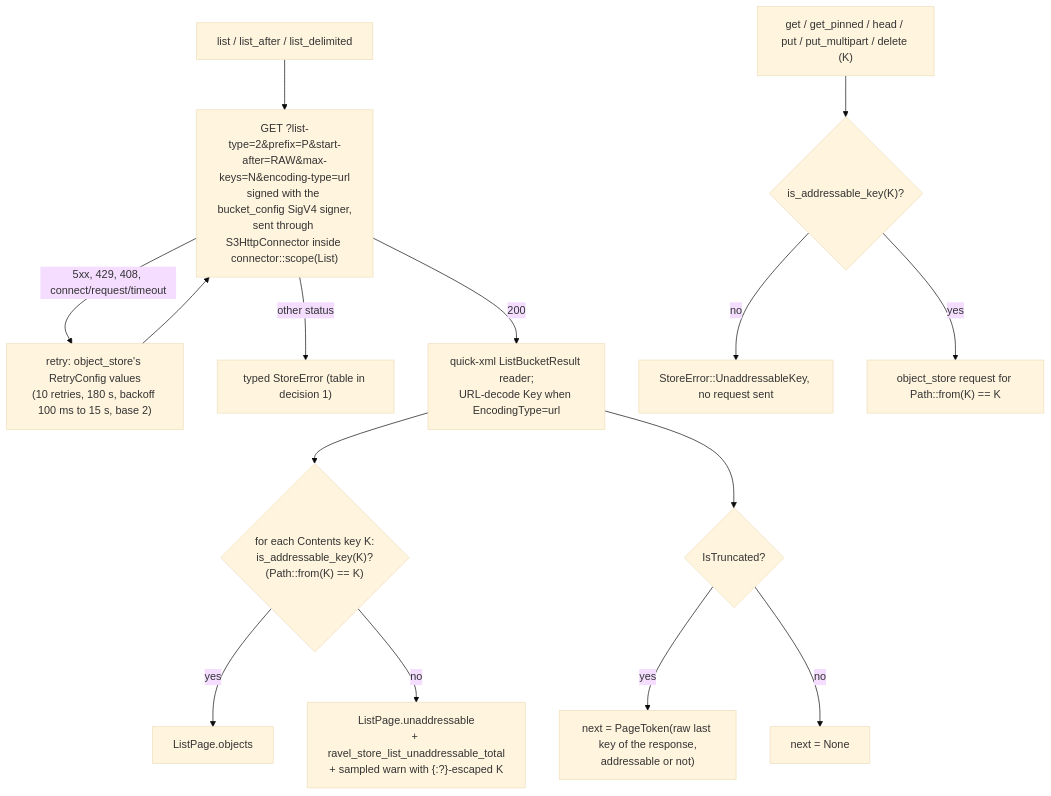
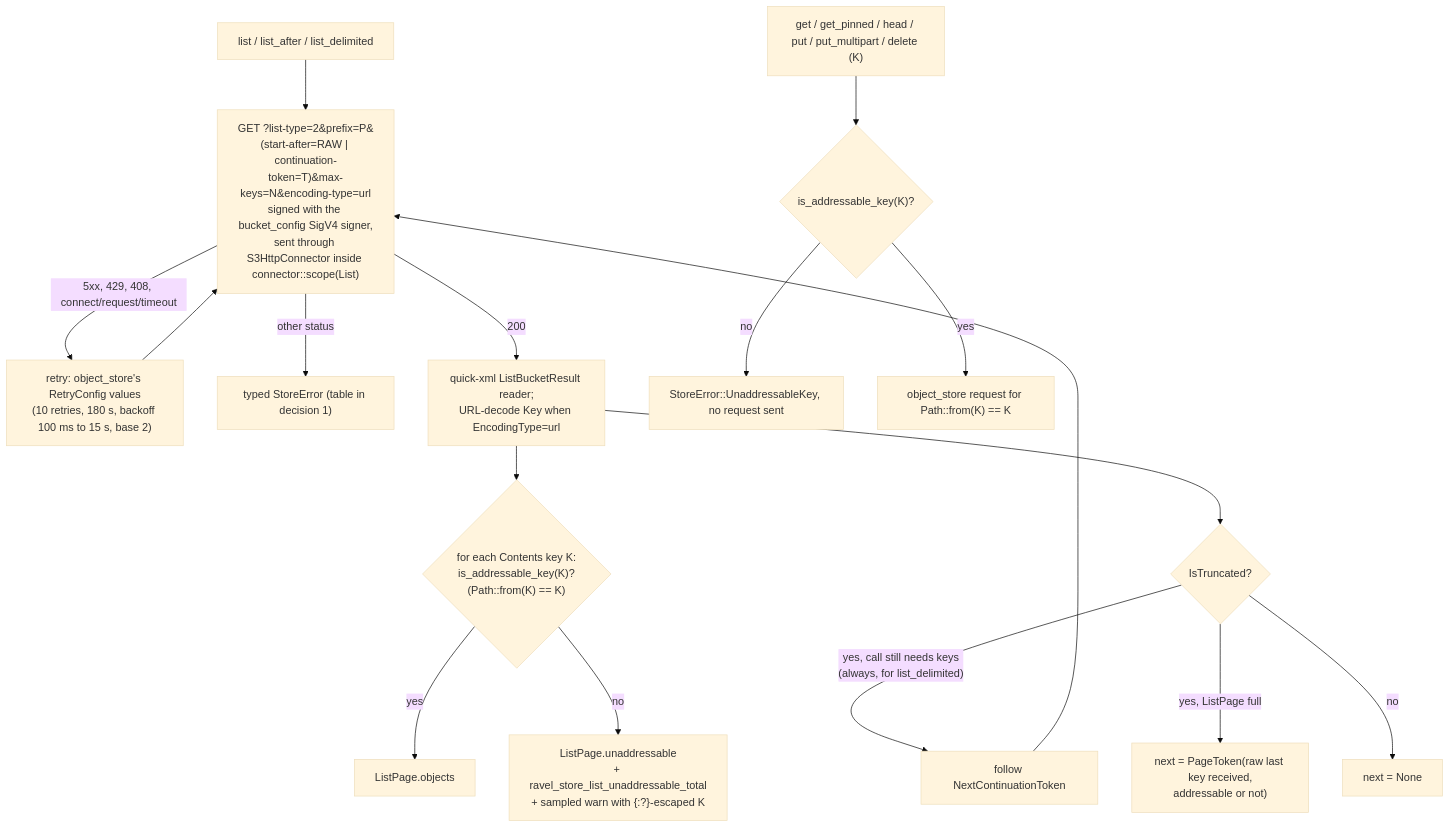
The diagram in docs/adrs/2637-raw-key-s3-listing.md (NOFireAI/ravel), drawn with Mermaid (base theme) before and after one commit. The commit also changed other lines of this file, not shown here.

First line of the commit message:
docs(adr-2637): follow continuation tokens within a call

````diff
--- a/docs/adrs/2637-raw-key-s3-listing.md
+++ b/docs/adrs/2637-raw-key-s3-listing.md
@@ -100,17 +100,19 @@
 ```mermaid
 flowchart TD
-    A["list / list_after / list_delimited"] --> B["GET ?list-type=2&prefix=P&start-after=RAW&max-keys=N&encoding-type=url<br/>signed with the bucket_config SigV4 signer,<br/>sent through S3HttpConnector inside connector::scope(List)"]
+    A["list / list_after / list_delimited"] --> B["GET ?list-type=2&prefix=P&(start-after=RAW | continuation-token=T)&max-keys=N&encoding-type=url<br/>signed with the bucket_config SigV4 signer,<br/>sent through S3HttpConnector inside connector::scope(List)"]
     B -->|"5xx, 429, 408, connect/request/timeout"| R["retry: object_store's RetryConfig values<br/>(10 retries, 180 s, backoff 100 ms to 15 s, base 2)"]
     R --> B
     B -->|"other status"| E["typed StoreError (table in decision 1)"]
     B -->|200| C["quick-xml ListBucketResult reader;<br/>URL-decode Key when EncodingType=url"]
     C --> D{"for each Contents key K:<br/>is_addressable_key(K)?<br/>(Path::from(K) == K)"}
     D -->|yes| O["ListPage.objects"]
     D -->|no| U["ListPage.unaddressable<br/>+ ravel_store_list_unaddressable_total<br/>+ sampled warn with {:?}-escaped K"]
     C --> T{"IsTruncated?"}
-    T -->|yes| N["next = PageToken(raw last key of the response,<br/>addressable or not)"]
+    T -->|"yes, call still needs keys<br/>(always, for list_delimited)"| F["follow NextContinuationToken"]
+    F --> B
+    T -->|"yes, ListPage full"| N["next = PageToken(raw last key received,<br/>addressable or not)"]
     T -->|no| Z["next = None"]
     G["get / get_pinned / head / put / put_multipart / delete (K)"] --> H{"is_addressable_key(K)?"}
     H -->|no| X["StoreError::UnaddressableKey, no request sent"]
     H -->|yes| Y["object_store request for Path::from(K) == K"]
 ```
````
